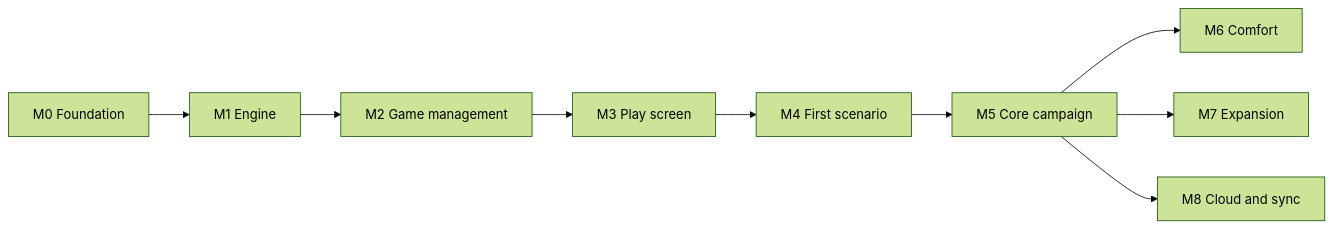
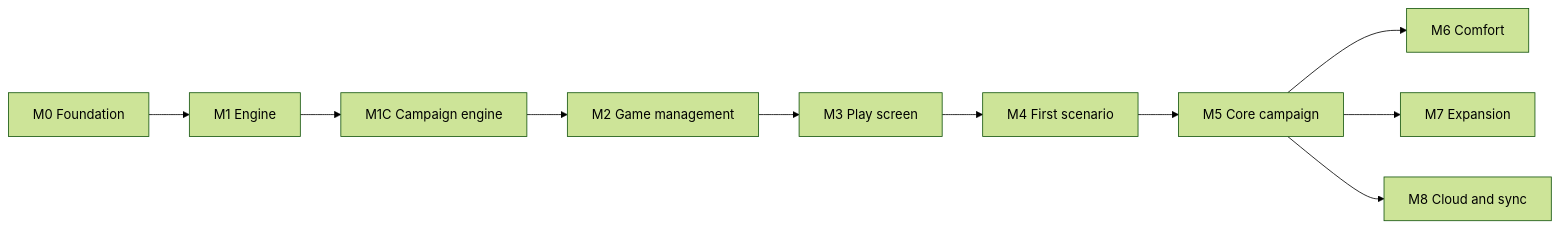
The second of 2 diagrams in docs/architecture.md (macandy13/arkham-companion), drawn with Mermaid (forest theme) before and after one commit. The commit also changed other lines of this file and 3 other files, not shown here.

Commit message:
docs: plan the campaign engine milestone (M1C) (#44)

````diff
--- a/docs/architecture.md
+++ b/docs/architecture.md
@@ -338,7 +338,7 @@
 ```mermaid
 flowchart LR
-  M0[M0 Foundation] --> M1[M1 Engine] --> M2[M2 Game management] --> M3[M3 Play screen] --> M4[M4 First scenario] --> M5[M5 Core campaign]
+  M0[M0 Foundation] --> M1[M1 Engine] --> M1C[M1C Campaign engine] --> M2[M2 Game management] --> M3[M3 Play screen] --> M4[M4 First scenario] --> M5[M5 Core campaign]
   M5 --> M6[M6 Comfort]
   M5 --> M7[M7 Expansion]
   M5 --> M8[M8 Cloud and sync]
 ```
````
